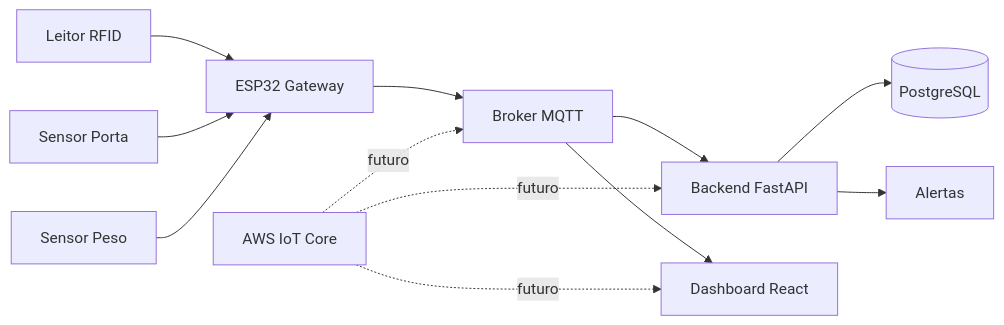
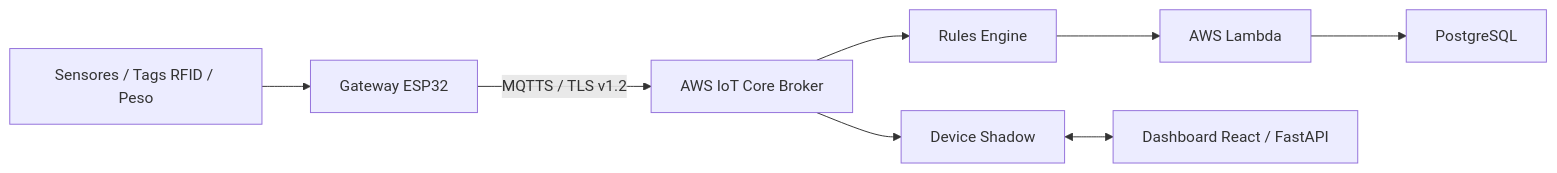
One commit to joserafaelrebelo/atividade_iot2 changed the diagram in README.md. Above: the diagram before and after it, drawn with Mermaid. The commit also changed other lines of this file and 10 other files, not shown here.

````diff
--- a/README.md
+++ b/README.md
@@ -33,16 +22,10 @@
 ```mermaid
 flowchart LR
-  S1[Leitor RFID] --> ESP[ESP32 Gateway]
-  S2[Sensor Porta] --> ESP
-  S3[Sensor Peso] --> ESP
-
-  ESP --> BROKER[Broker MQTT]
-  BROKER --> API[Backend FastAPI]
-  BROKER --> DASH[Dashboard React]
-  API --> DB[(PostgreSQL)]
-  API --> ALT[Alertas]
-
-  AWS[AWS IoT Core] -. futuro .-> BROKER
-  AWS -. futuro .-> API
-  AWS -. futuro .-> DASH
+	A[Sensores / Tags RFID / Peso] --> B[Gateway ESP32]
+	B -->|MQTTS / TLS v1.2| C[AWS IoT Core Broker]
+	C --> D[Rules Engine]
+	D --> E[AWS Lambda]
+	E --> F[PostgreSQL]
+	C --> G[Device Shadow]
+	G <--> H[Dashboard React / FastAPI]
 ```
````
